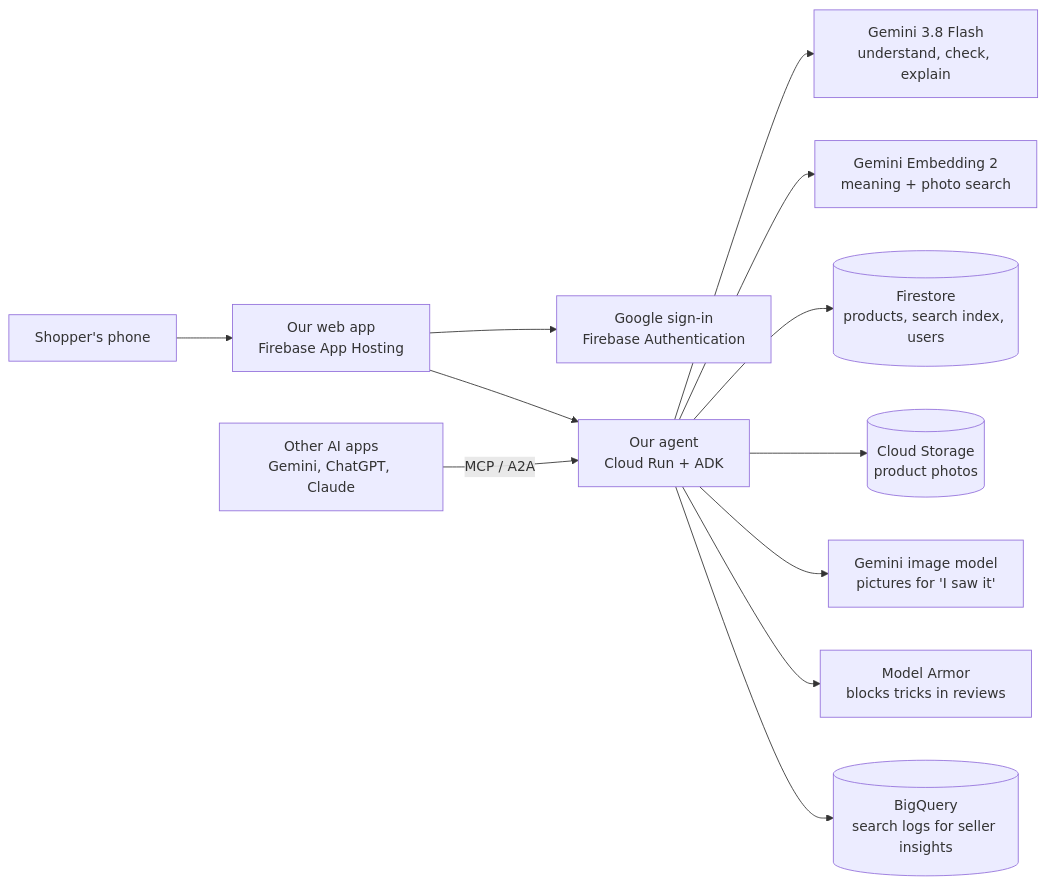
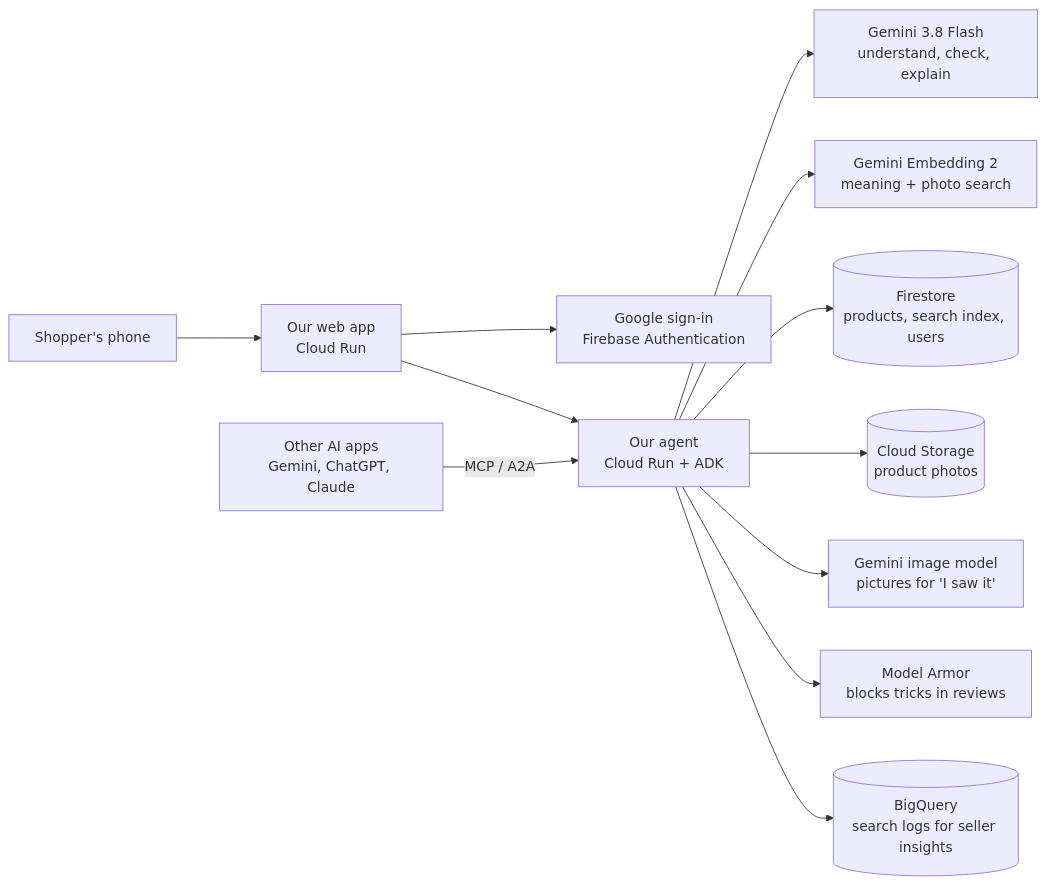
Before and after one commit to sarika-purohit/ecommai: the second of 3 diagrams in PLAN.md, drawn with Mermaid. The commit also changed other lines of this file and 12 other files, not shown here.

Commit message:
Step 2.10: agent API live on Cloud Run; one-command deploy, least-privilege service accounts, private batch and upload buckets

````diff
--- a/PLAN.md
+++ b/PLAN.md
@@ -263,14 +263,14 @@
 ```mermaid
 flowchart LR
-  U["Shopper's phone"] --> W["Our web app<br/>Firebase App Hosting"]
+  U["Shopper's phone"] --> W["Our web app<br/>Cloud Run"]
   W --> AU["Google sign-in<br/>Firebase Authentication"]
   X["Other AI apps<br/>Gemini, ChatGPT, Claude"] -->|"MCP / A2A"| A
   W --> A["Our agent<br/>Cloud Run + ADK"]
   A --> G["Gemini 3.8 Flash<br/>understand, check, explain"]
   A --> E["Gemini Embedding 2<br/>meaning + photo search"]
   A --> F[("Firestore<br/>products, search index, users")]
   A --> S[("Cloud Storage<br/>product photos")]
   A --> N["Gemini image model<br/>pictures for 'I saw it'"]
   A --> M["Model Armor<br/>blocks tricks in reviews"]
   A --> B[("BigQuery<br/>search logs for seller insights")]
 ```
````
